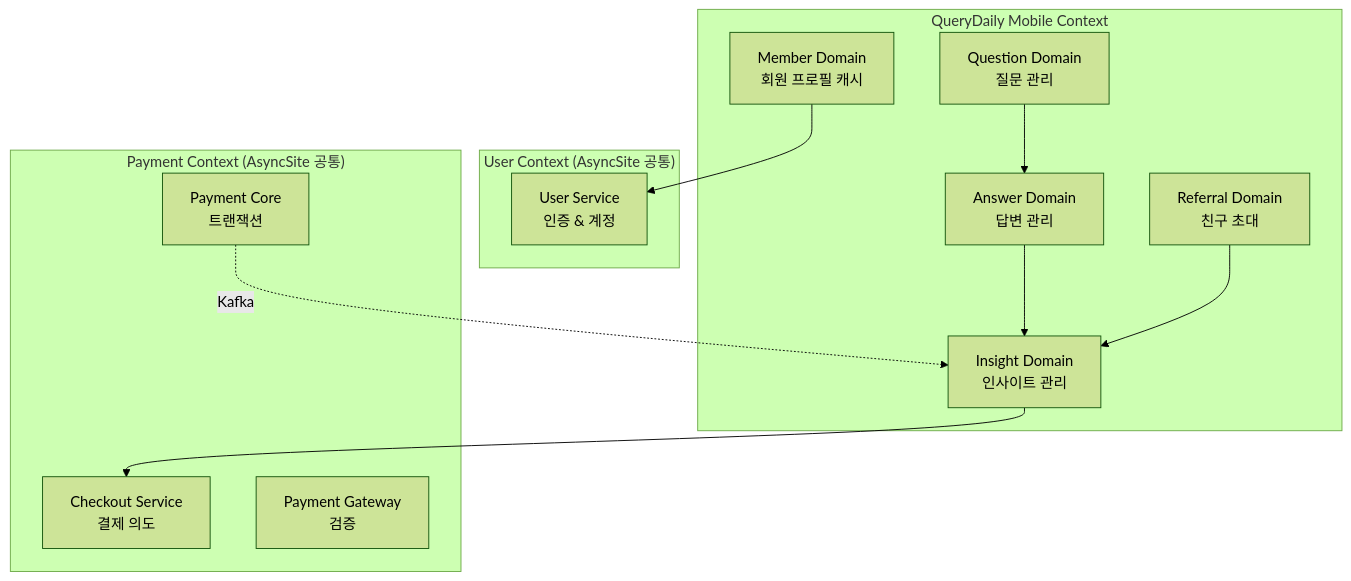
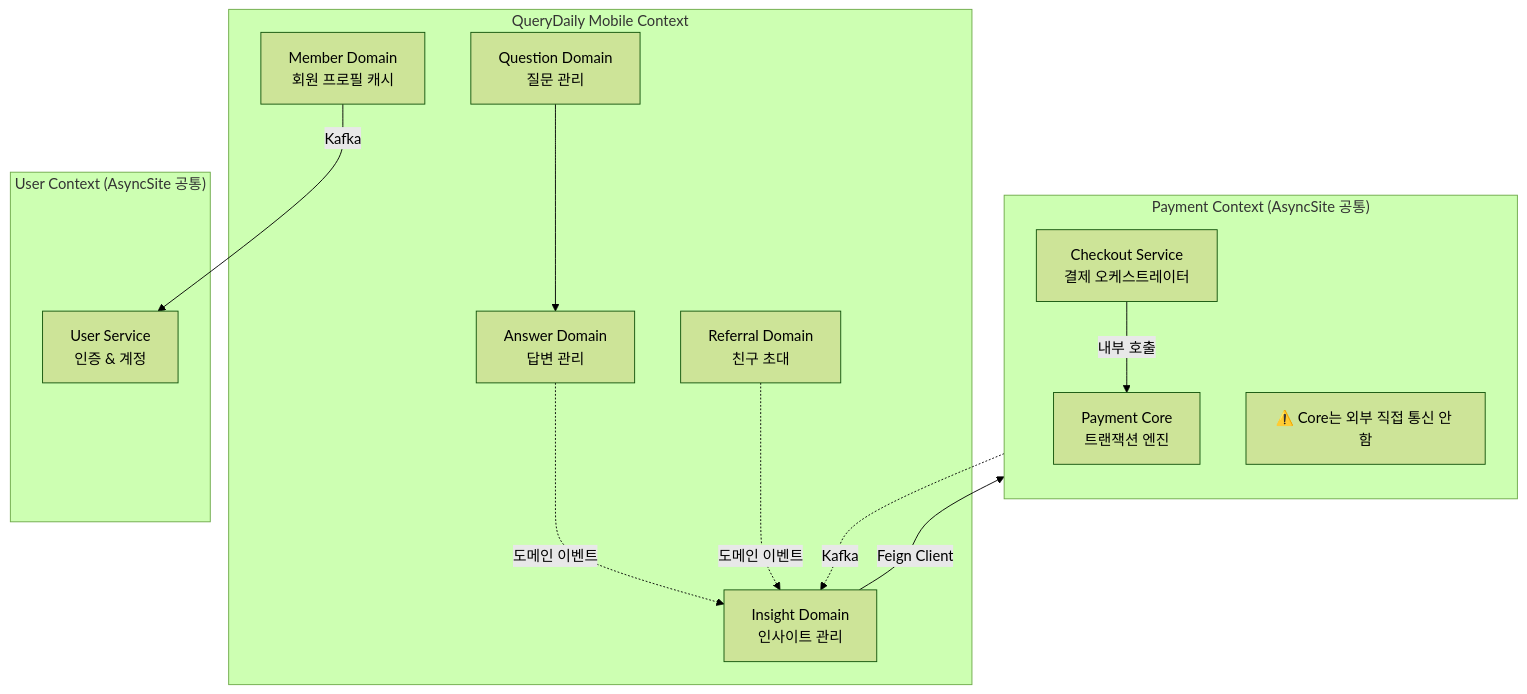
Before and after one commit to AsyncSite/querydaily-frontend: the third of 12 diagrams in docs/plan/MOBILE_MVP_ROADMAP.md, drawn with Mermaid (forest theme). The commit also changed other lines of this file, not shown here.

````diff
--- a/docs/plan/MOBILE_MVP_ROADMAP.md
+++ b/docs/plan/MOBILE_MVP_ROADMAP.md
@@ -127,28 +301,31 @@
 ```mermaid
 graph TB
     subgraph "QueryDaily Mobile Context"
         Question[Question Domain<br/>질문 관리]
         Answer[Answer Domain<br/>답변 관리]
         Insight[Insight Domain<br/>인사이트 관리]
         Referral[Referral Domain<br/>친구 초대]
         Member[Member Domain<br/>회원 프로필 캐시]
     end
 
     subgraph "User Context (AsyncSite 공통)"
         UserService[User Service<br/>인증 & 계정]
     end
 
     subgraph "Payment Context (AsyncSite 공통)"
-        Checkout[Checkout Service<br/>결제 의도]
-        PaymentCore[Payment Core<br/>트랜잭션]
-        PaymentGateway[Payment Gateway<br/>검증]
+        direction TB
+        Checkout[Checkout Service<br/>결제 오케스트레이터]
+        PaymentCore[Payment Core<br/>트랜잭션 엔진]
+        Note1[⚠️ Core는 외부 직접 통신 안 함]
     end
 
     Question --> Answer
-    Answer --> Insight
-    Referral --> Insight
-    Insight --> Checkout
-    Member --> UserService
+    Answer -.도메인 이벤트.-> Insight
+    Referral -.도메인 이벤트.-> Insight
 
+    Insight -->|Feign Client| Checkout
+    Checkout -->|내부 호출| PaymentCore
+
+    Member -->|Kafka| UserService
     PaymentCore -.Kafka.-> Insight
 ```
````
